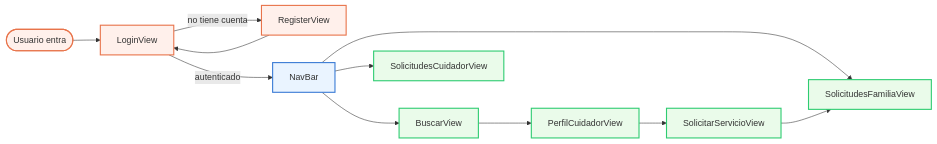
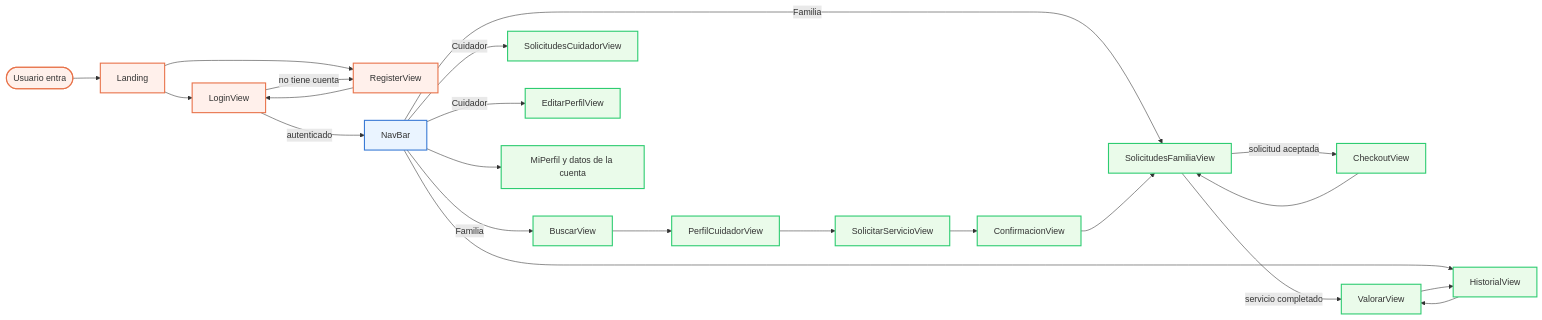
Before and after one commit to AndreaVaGo/acompaname-frontend: the second of 9 diagrams in README.md, drawn with Mermaid. The commit also changed other lines of this file, not shown here.

Commit message:
docs: replace all the diagram images with Mermaid diagrams

````diff
--- a/README.md
+++ b/README.md
@@ -330,23 +359,38 @@
 ```mermaid
+---
+config:
+  layout: dagre
+---
 flowchart LR
-    Start([Usuario entra]) --> Login[LoginView]
-    Login -- "no tiene cuenta" --> Register[RegisterView]
+    Start([Usuario entra]) --> Landing[Landing]
+    Landing --> Login[LoginView]
+    Landing --> Register[RegisterView]
+    Login -- "no tiene cuenta" --> Register
     Register --> Login
     Login -- "autenticado" --> Nav[NavBar]
 
-    Nav --> Buscar[BuscarView]
-    Nav --> SolFam[SolicitudesFamiliaView]
-    Nav --> SolCui[SolicitudesCuidadorView]
+    Nav -- "Familia" --> Buscar[BuscarView]
+    Nav -- "Familia" --> SolFam[SolicitudesFamiliaView]
+    Nav -- "Cuidador" --> SolCui[SolicitudesCuidadorView]
+    Nav -- "Cuidador" --> EditPerfil[EditarPerfilView]
+    Nav --> Historial[HistorialView]
+    Nav --> Cuenta[MiPerfil y datos de la cuenta]
 
     Buscar --> Perfil[PerfilCuidadorView]
     Perfil --> Solicitar[SolicitarServicioView]
-    Solicitar --> SolFam
+    Solicitar --> Confirm[ConfirmacionView]
+    Confirm --> SolFam
+    SolFam -- "solicitud aceptada" --> Checkout[CheckoutView]
+    Checkout --> SolFam
+    SolFam -- "servicio completado" --> Valorar[ValorarView]
+    Historial --> Valorar
+    Valorar --> Historial
 
     classDef entry fill:#fff0eb,stroke:#e8734a,stroke-width:2px;
     classDef nav fill:#eaf4ff,stroke:#3a7bd5,stroke-width:2px;
     classDef view fill:#eafbea,stroke:#2ecc71,stroke-width:2px;
 
-    class Start,Login,Register entry;
+    class Start,Landing,Login,Register entry;
     class Nav nav;
-    class Buscar,SolFam,SolCui,Perfil,Solicitar view;
+    class Buscar,SolFam,SolCui,EditPerfil,Historial,Cuenta,Perfil,Solicitar,Confirm,Checkout,Valorar view;
 ```
````
